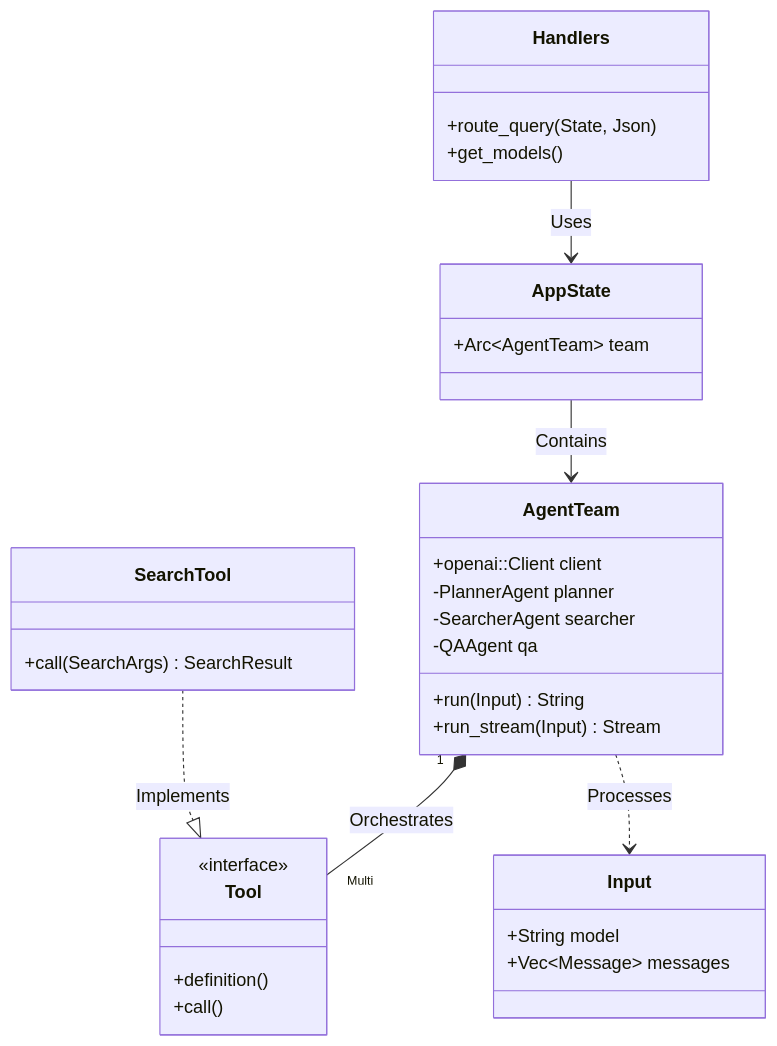
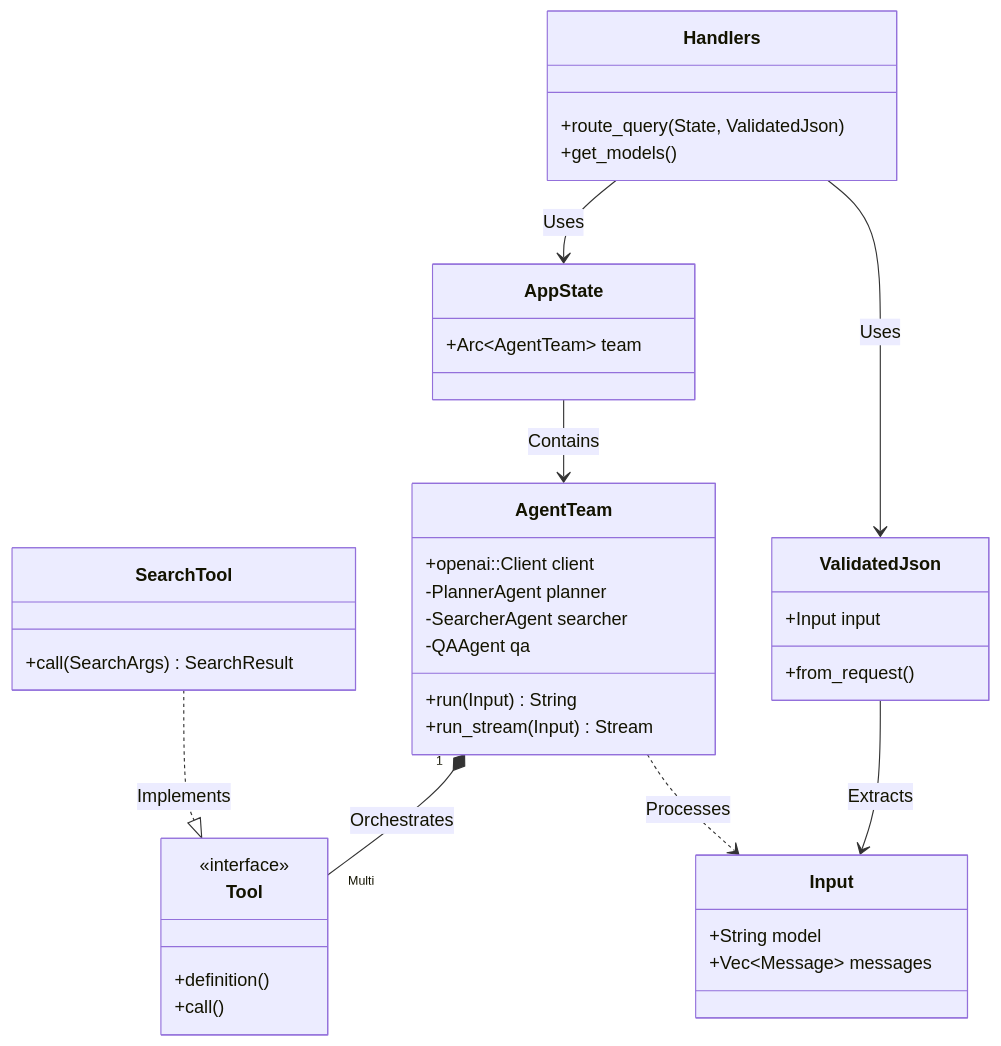
One commit to lgcorzo/fastapi-autogen-team changed the first of 3 diagrams in docs/architecture_detailed.md. Above: the diagram before and after it, drawn with Mermaid. The commit also changed other lines of this file and 2 other files, not shown here.

Commit message:
docs: add testing guide, update architecture diagrams with ValidatedJson, and refine security documentation

````diff
--- a/docs/architecture_detailed.md
+++ b/docs/architecture_detailed.md
@@ -34,42 +35,49 @@
 ```mermaid
 classDiagram
     direction TB
     class AppState {
         +Arc~AgentTeam~ team
     }
 
     class Handlers {
-        +route_query(State, Json)
+        +route_query(State, ValidatedJson)
         +get_models()
+    }
+
+    class ValidatedJson {
+        +Input input
+        +from_request()
     }
 
     class AgentTeam {
         +openai::Client client
         +run(Input) String
         +run_stream(Input) Stream
         -PlannerAgent planner
         -SearcherAgent searcher
         -QAAgent qa
     }
 
     class SearchTool {
         +call(SearchArgs) SearchResult
     }
 
     class Tool {
         <<interface>>
         +definition()
         +call()
     }
 
     class Input {
         +String model
         +Vec~Message~ messages
     }
 
     Handlers --> AppState : Uses
+    Handlers --> ValidatedJson : Uses
+    ValidatedJson --> Input : Extracts
     AppState --> AgentTeam : Contains
     AgentTeam "1" *-- "Multi" Tool : Orchestrates
     SearchTool ..|> Tool : Implements
     AgentTeam ..> Input : Processes
 ```
````
